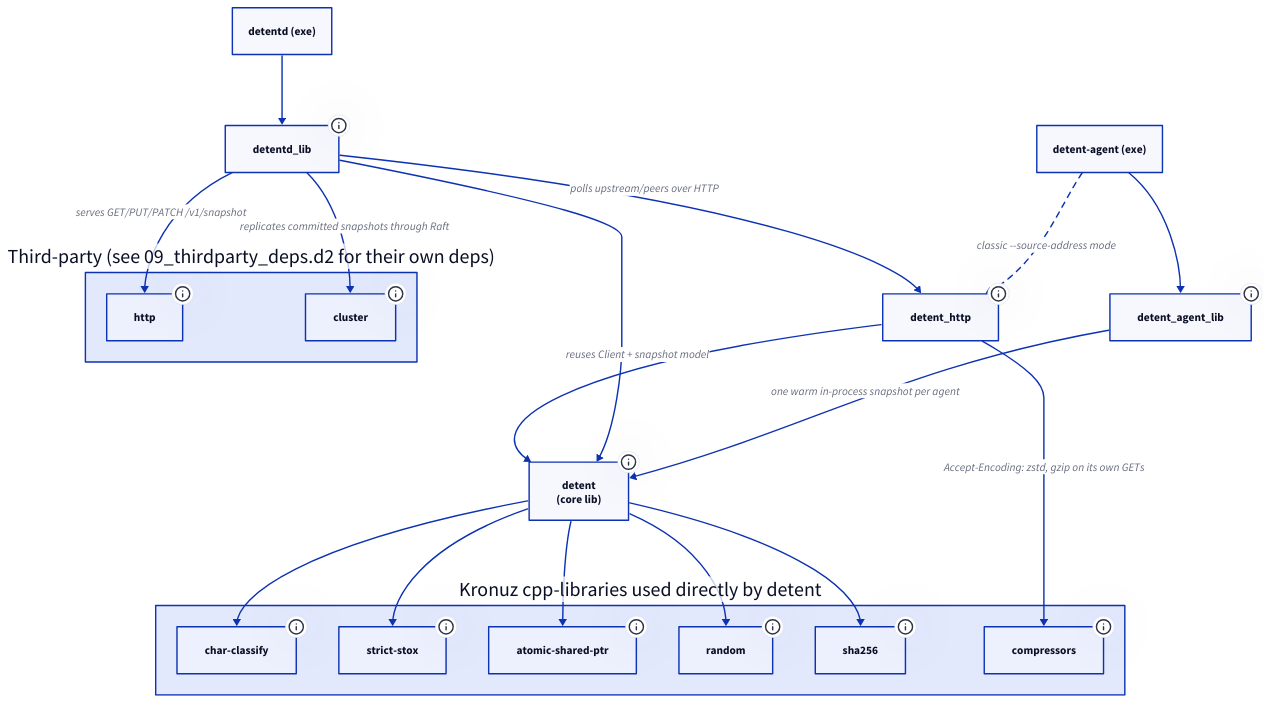
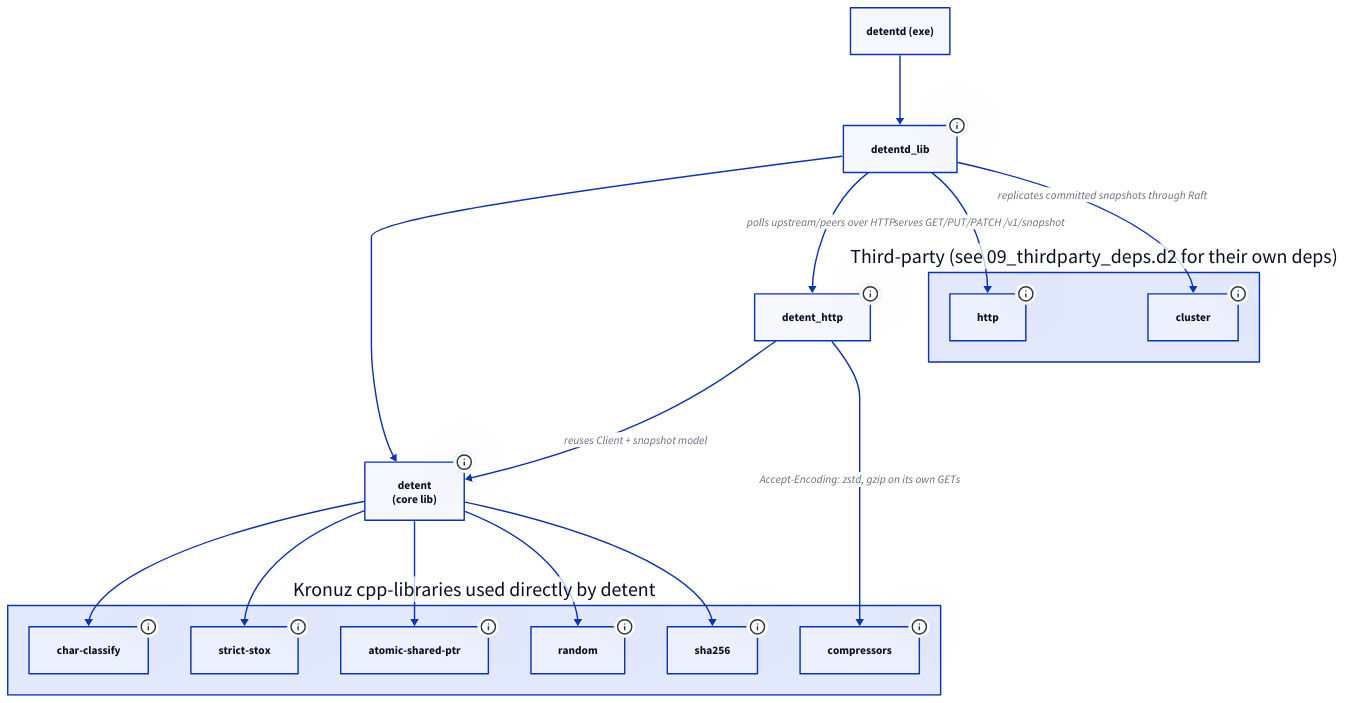
One commit to Kronuz/Detent changed the diagram in diagrams/08_detent_deps.d2. Above: the diagram before and after it, drawn with D2. The commit also changed 73 other files, not shown here.

First line of the commit message:
Remove the shared-memory agent and the unmanaged detent-agent mode

```diff
--- a/diagrams/08_detent_deps.d2
+++ b/diagrams/08_detent_deps.d2
@@ -1,51 +1,43 @@
 # Selected classic-profile targets and their direct dependencies.
 # Managed authority and generation targets are documented separately.
 direction: down
 
 detent: "detent\n(core lib)" {
   tooltip: RCU client, JSON schema, hashing, overrides, file source
 }
 detent_http: "detent_http" {
   tooltip: HTTP polling client -- plain POSIX sockets, no reactor
 }
 detentd_lib: "detentd_lib" {
   tooltip: HTTP distributor daemon logic
 }
-detent_agent_lib: "detent_agent_lib" {
-  tooltip: Shared-memory agent reader and writer logic
-}
 detentd_exe: "detentd (exe)"
-detent_agent_exe: "detent-agent (exe)"
 
 kronuz: Kronuz cpp-libraries used directly by detent {
   char_classify: char-classify {tooltip: "ASCII classification tables used by the JSON tokenizer"}
   strict_stox: strict-stox {tooltip: "Strict numeric string parsing (no silent truncation) for knob values"}
   atomic_shared_ptr: atomic-shared-ptr {tooltip: "Lock-free RCU snapshot swap -- the whole read-path fast path depends on this"}
   random: random {tooltip: "Randomized source retry and backoff jitter"}
   sha256: sha256 {tooltip: "Rollout hashing per the JustKnobs spec (stable bucket assignment)"}
   compressors: compressors {tooltip: "zstd/gzip codecs -- lets detent_http negotiate Accept-Encoding on its own, no HTTP-framework weight"}
 }
 
 thirdparty: Third-party (see 09_thirdparty_deps.d2 for their own deps) {
   http: "http" {tooltip: "HTTP server framework for /v1/snapshot and /v1/health"}
   cluster: "cluster" {tooltip: "Raft replication over configured UDP peers"}
 }
 
 detent -> kronuz.char_classify
 detent -> kronuz.strict_stox
 detent -> kronuz.atomic_shared_ptr
 detent -> kronuz.random
 detent -> kronuz.sha256
 
 detent_http -> detent: "reuses Client + snapshot model"
 detent_http -> kronuz.compressors: "Accept-Encoding: zstd, gzip on its own GETs"
 
 detentd_lib -> detent
 detentd_lib -> detent_http: "polls upstream/peers over HTTP"
 detentd_lib -> thirdparty.http: "serves GET/PUT/PATCH /v1/snapshot"
 detentd_lib -> thirdparty.cluster: "replicates committed snapshots through Raft"
 detentd_exe -> detentd_lib
-
-detent_agent_lib -> detent: "one warm in-process snapshot per agent"
-detent_agent_exe -> detent_agent_lib
-detent_agent_exe -> detent_http: "classic --source-address mode" {style.stroke-dash: 4}
```
